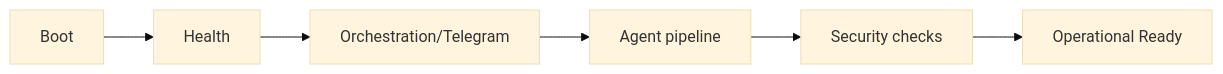
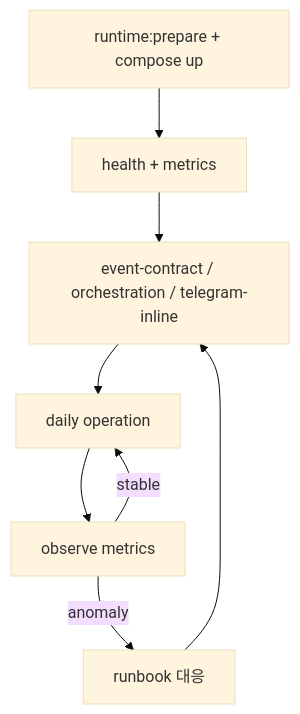
The diagram in docs/OPERATIONS_PLAYBOOK.md (Merchantlee99/Personal-AI-agent-v2), drawn with Mermaid (base theme) before and after one commit. The commit also changed other lines of this file and 43 other files, not shown here.

Commit message:
feat: harden orchestration contract and publish v2 rebuild docs

````diff
--- a/docs/OPERATIONS_PLAYBOOK.md
+++ b/docs/OPERATIONS_PLAYBOOK.md
@@ -128,8 +122,10 @@
 ```mermaid
-flowchart LR
-  BOOT["Boot"] --> HEALTH["Health"]
-  HEALTH --> FLOW["Orchestration/Telegram"]
-  FLOW --> AGENT["Agent pipeline"]
-  AGENT --> SEC["Security checks"]
-  SEC --> READY["Operational Ready"]
+flowchart TD
+  BOOT["runtime:prepare + compose up"] --> HEALTH["health + metrics"]
+  HEALTH --> VERIFY["event-contract / orchestration / telegram-inline"]
+  VERIFY --> RUN["daily operation"]
+  RUN --> OBS["observe metrics"]
+  OBS -->|"anomaly"| INCIDENT["runbook 대응"]
+  INCIDENT --> VERIFY
+  OBS -->|"stable"| RUN
 ```
````
